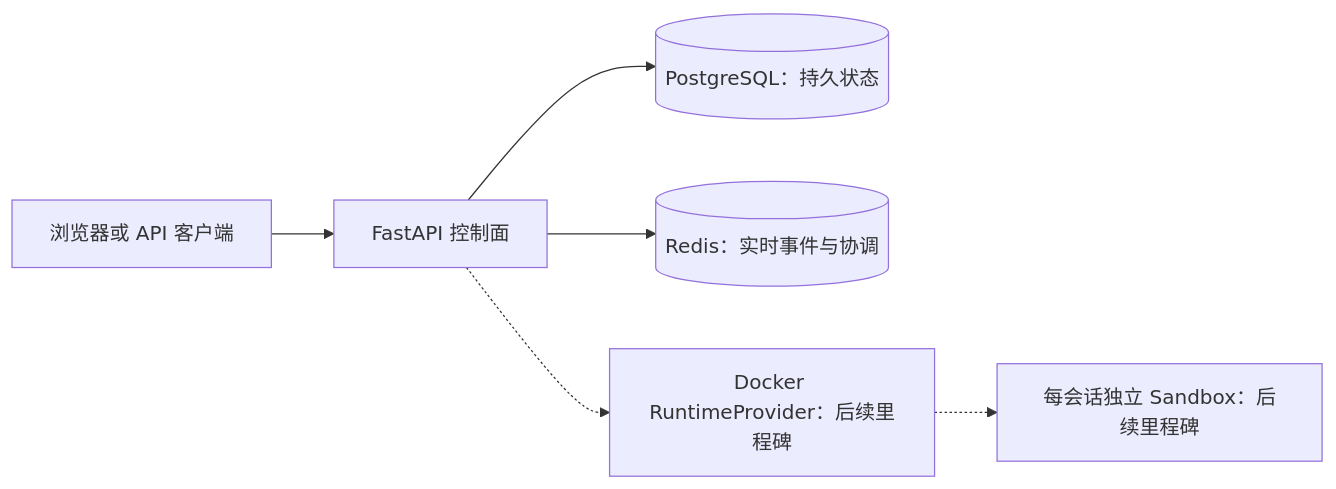
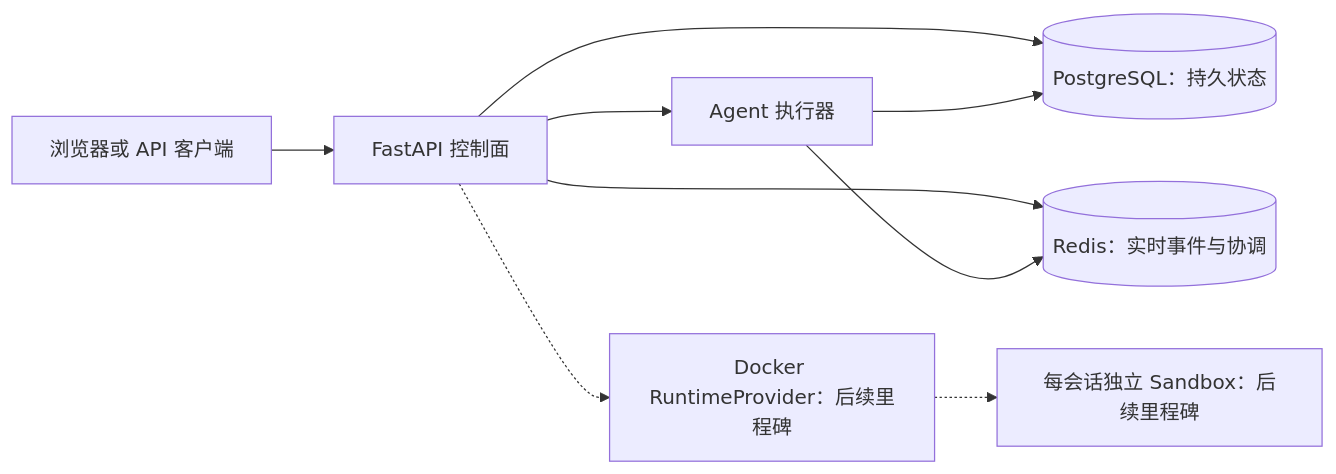
One commit to JaffarL/claude-computer-use-session-manager changed the first of 2 diagrams in docs/architecture.md. Above: the diagram before and after it, drawn with Mermaid. The commit also changed other lines of this file and 7 other files, not shown here.

````diff
--- a/docs/architecture.md
+++ b/docs/architecture.md
@@ -9,8 +9,11 @@
 ```mermaid
 flowchart LR
     C["浏览器或 API 客户端"] --> A["FastAPI 控制面"]
     A --> P[("PostgreSQL：持久状态")]
     A --> R[("Redis：实时事件与协调")]
+    A --> E["Agent 执行器"]
+    E --> P
+    E --> R
     A -.-> D["Docker RuntimeProvider：后续里程碑"]
     D -.-> S["每会话独立 Sandbox：后续里程碑"]
 ```
````
